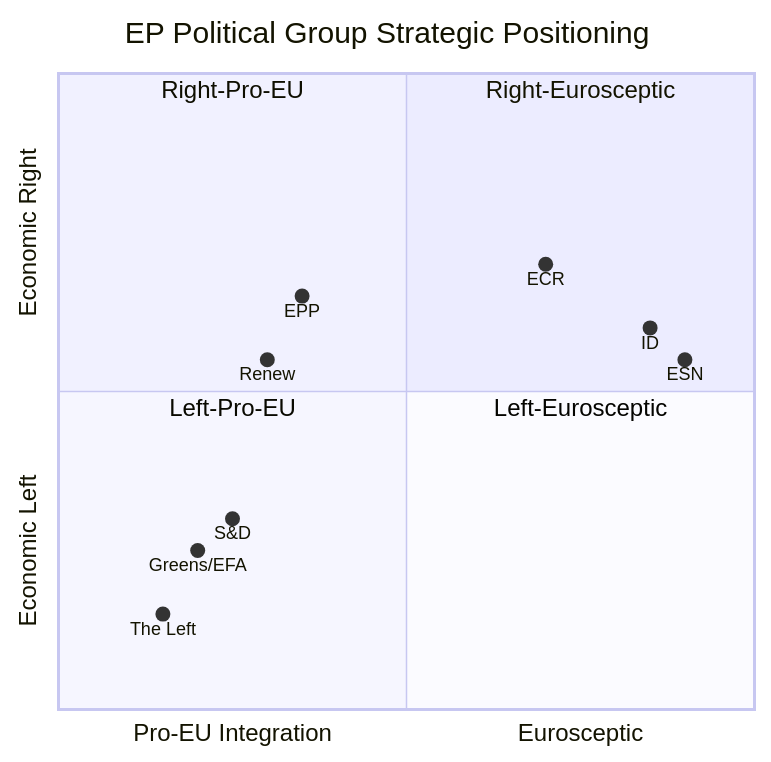
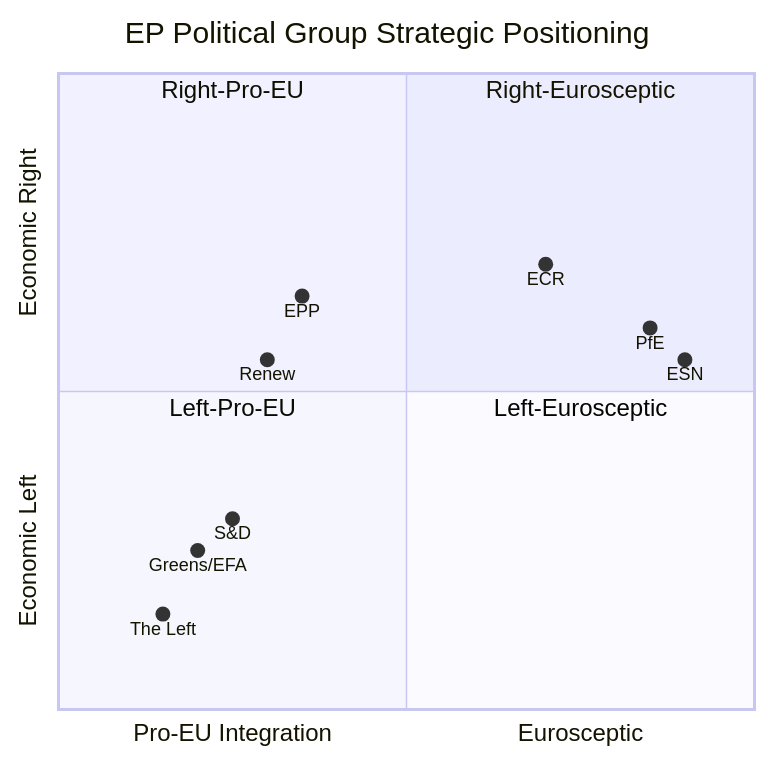
The second of 4 diagrams in docs/analysis-methodology/political-landscape-analysis.md (Hack23/euparliamentmonitor), drawn with Mermaid before and after one commit. The commit also changed other lines of this file and 10 other files, not shown here.

````diff
--- a/docs/analysis-methodology/political-landscape-analysis.md
+++ b/docs/analysis-methodology/political-landscape-analysis.md
@@ -93,18 +93,18 @@
 ```mermaid
 quadrantChart
     title EP Political Group Strategic Positioning
     x-axis Pro-EU Integration --> Eurosceptic
     y-axis Economic Left --> Economic Right
     quadrant-1 Right-Eurosceptic
     quadrant-2 Right-Pro-EU
     quadrant-3 Left-Pro-EU
     quadrant-4 Left-Eurosceptic
     EPP: [0.35, 0.65]
     S&D: [0.25, 0.30]
     Renew: [0.30, 0.55]
     Greens/EFA: [0.20, 0.25]
     The Left: [0.15, 0.15]
     ECR: [0.70, 0.70]
-    ID: [0.85, 0.60]
+    PfE: [0.85, 0.60]
     ESN: [0.90, 0.55]
 ```
````
